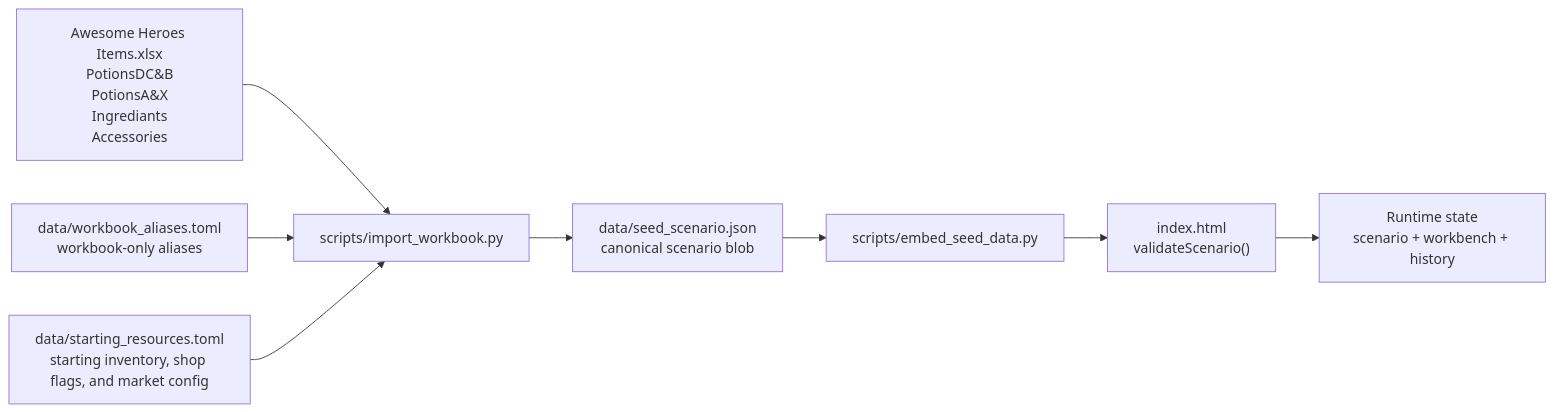
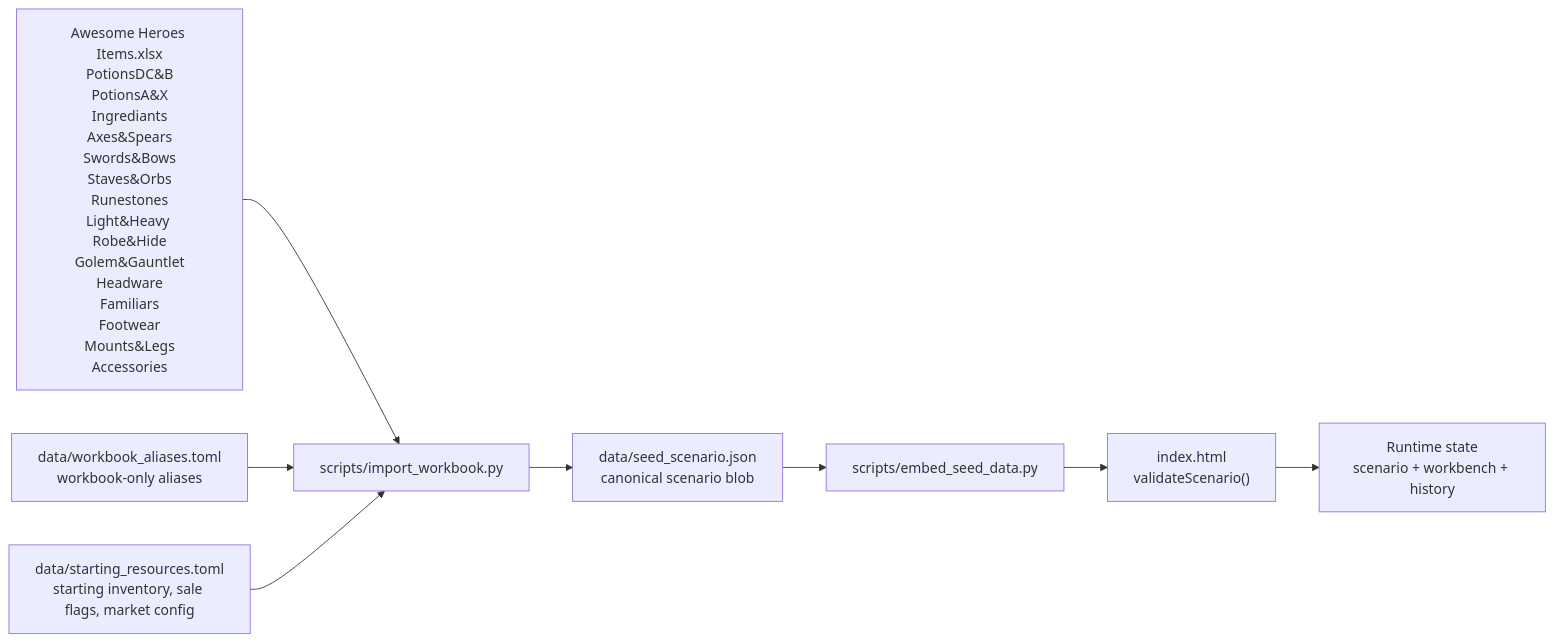
Before and after one commit to spitz-dan-l/poshy: the diagram in docs/data-model.md, drawn with Mermaid. The commit also changed other lines of this file and 8 other files, not shown here.

````diff
--- a/docs/data-model.md
+++ b/docs/data-model.md
@@ -30,19 +23,19 @@
 ```mermaid
 flowchart LR
-  workbook["Awesome Heroes Items.xlsx<br/>PotionsDC&B<br/>PotionsA&X<br/>Ingrediants<br/>Accessories"]
+  workbook["Awesome Heroes Items.xlsx<br/>PotionsDC&B<br/>PotionsA&X<br/>Ingrediants<br/>Axes&Spears<br/>Swords&Bows<br/>Staves&Orbs<br/>Runestones<br/>Light&Heavy <br/>Robe&Hide<br/>Golem&Gauntlet<br/>Headware<br/>Familiars<br/>Footwear<br/>Mounts&Legs<br/>Accessories"]
   aliases["data/workbook_aliases.toml<br/>workbook-only aliases"]
-  resources["data/starting_resources.toml<br/>starting inventory, shop flags, and market config"]
+  resources["data/starting_resources.toml<br/>starting inventory, sale flags, market config"]
   importer["scripts/import_workbook.py"]
   scenario["data/seed_scenario.json<br/>canonical scenario blob"]
   embed["scripts/embed_seed_data.py"]
   app["index.html<br/>validateScenario()"]
   state["Runtime state<br/>scenario + workbench + history"]
 
   workbook --> importer
   aliases --> importer
   resources --> importer
   importer --> scenario
   scenario --> embed
   embed --> app
   app --> state
 ```
````
